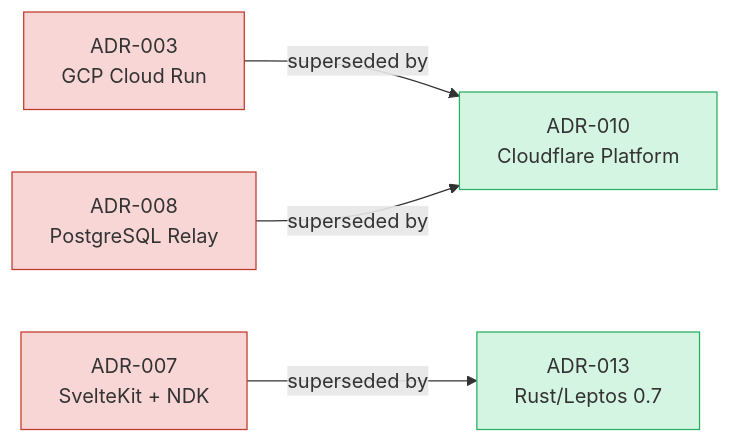
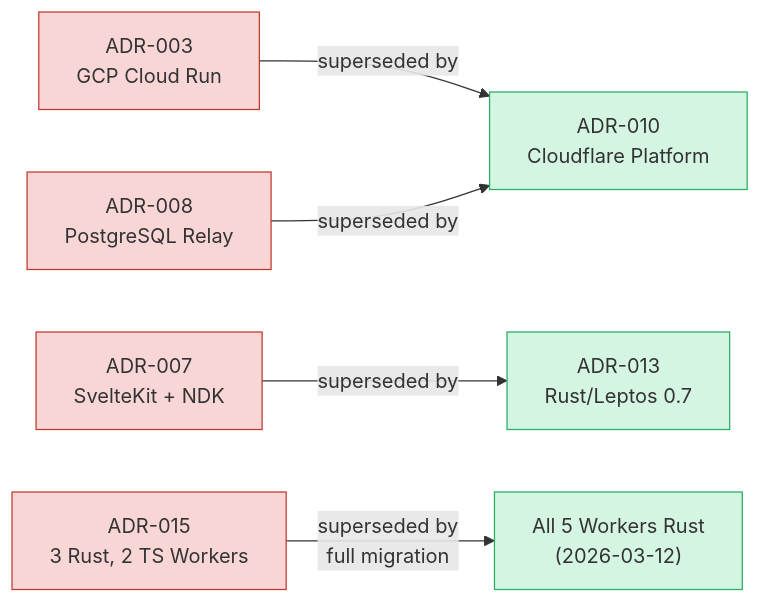
One commit to DreamLab-AI/dreamlab-ai-website changed the first of 2 diagrams in docs/adr/README.md. Above: the diagram before and after it, drawn with Mermaid. The commit also changed other lines of this file and 2 other files, not shown here.

````diff
--- a/docs/adr/README.md
+++ b/docs/adr/README.md
@@ -33,12 +41,15 @@
 ```mermaid
 graph LR
     ADR003["ADR-003<br/>GCP Cloud Run"] -->|superseded by| ADR010["ADR-010<br/>Cloudflare Platform"]
     ADR007["ADR-007<br/>SvelteKit + NDK"] -->|superseded by| ADR013["ADR-013<br/>Rust/Leptos 0.7"]
     ADR008["ADR-008<br/>PostgreSQL Relay"] -->|superseded by| ADR010
+    ADR015["ADR-015<br/>3 Rust, 2 TS Workers"] -->|superseded by<br/>full migration| ADR015N["All 5 Workers Rust<br/>(2026-03-12)"]
 
     style ADR003 fill:#f9d6d6,stroke:#c0392b
     style ADR007 fill:#f9d6d6,stroke:#c0392b
     style ADR008 fill:#f9d6d6,stroke:#c0392b
+    style ADR015 fill:#f9d6d6,stroke:#c0392b
     style ADR010 fill:#d5f5e3,stroke:#27ae60
     style ADR013 fill:#d5f5e3,stroke:#27ae60
+    style ADR015N fill:#d5f5e3,stroke:#27ae60
 ```
````
